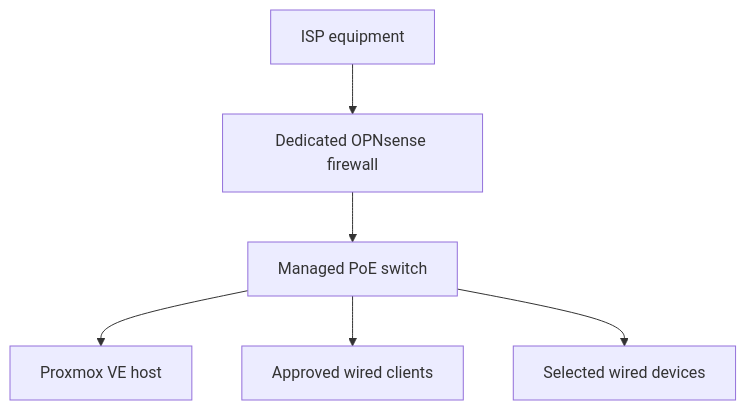
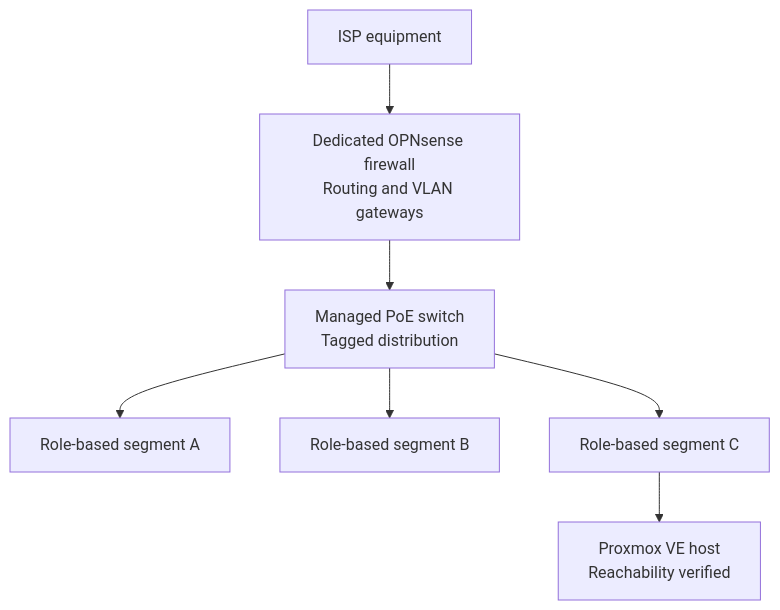
Before and after one commit to DeadPol8789/homelab: the diagram in docs/network-design.md, drawn with Mermaid. The commit also changed other lines of this file and 9 other files, not shown here.

````diff
--- a/docs/network-design.md
+++ b/docs/network-design.md
@@ -28,8 +28,9 @@
 ```mermaid
 flowchart TD
-    ISP["ISP equipment"] --> FW["Dedicated OPNsense firewall"]
-    FW --> SW["Managed PoE switch"]
-    SW --> PVE["Proxmox VE host"]
-    SW --> CLIENTS["Approved wired clients"]
-    SW --> DEVICES["Selected wired devices"]
+    ISP["ISP equipment"] --> FW["Dedicated OPNsense firewall<br/>Routing and VLAN gateways"]
+    FW --> SW["Managed PoE switch<br/>Tagged distribution"]
+    SW --> SEG_A["Role-based segment A"]
+    SW --> SEG_B["Role-based segment B"]
+    SW --> SEG_C["Role-based segment C"]
+    SEG_C --> PVE["Proxmox VE host<br/>Reachability verified"]
 ```
````
